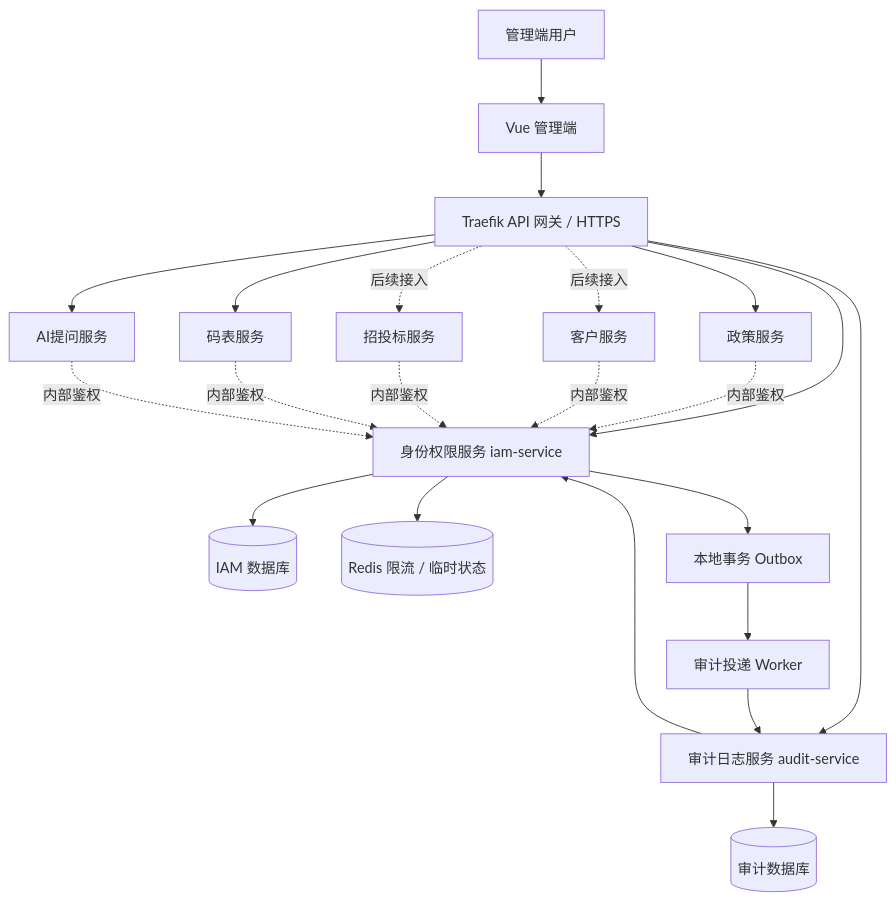
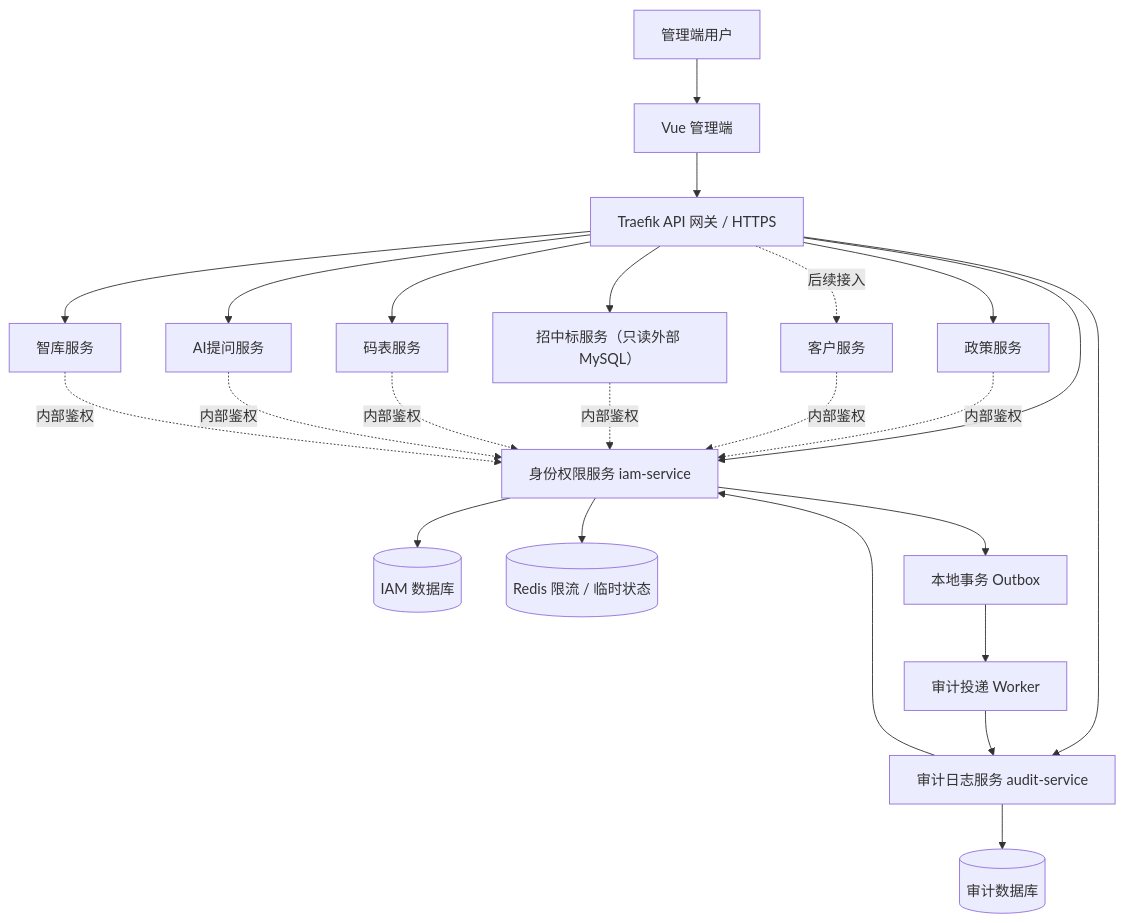
Before and after one commit to liuxingping138/tx-zhongtai: the diagram in docs/design/业务数据运营平台公共基础框架设计.md, drawn with Mermaid. The commit also changed other lines of this file and 11 other files, not shown here.

````diff
--- a/docs/design/业务数据运营平台公共基础框架设计.md
+++ b/docs/design/业务数据运营平台公共基础框架设计.md
@@ -37,24 +38,26 @@
 ```mermaid
 flowchart TB
     U[管理端用户] --> WEB[Vue 管理端]
     WEB --> GW[Traefik API 网关 / HTTPS]
     GW --> IAM[身份权限服务 iam-service]
     GW --> AUDIT[审计日志服务 audit-service]
     GW --> POLICY[政策服务]
     GW -. 后续接入 .-> CUSTOMER[客户服务]
-    GW -. 后续接入 .-> TENDER[招投标服务]
+    GW --> TENDER[招中标服务（只读外部 MySQL）]
     GW --> CODEBOOK[码表服务]
     GW --> AI[AI提问服务]
+    GW --> THINKTANK[智库服务]
     IAM --> IDB[(IAM 数据库)]
     AUDIT --> ADB[(审计数据库)]
     IAM --> REDIS[(Redis 限流 / 临时状态)]
     IAM --> OUTBOX[本地事务 Outbox]
     OUTBOX --> WORKER[审计投递 Worker]
     WORKER --> AUDIT
     POLICY -. 内部鉴权 .-> IAM
     CUSTOMER -. 内部鉴权 .-> IAM
     TENDER -. 内部鉴权 .-> IAM
     CODEBOOK -. 内部鉴权 .-> IAM
     AI -. 内部鉴权 .-> IAM
+    THINKTANK -. 内部鉴权 .-> IAM
     AUDIT --> IAM
 ```
````
